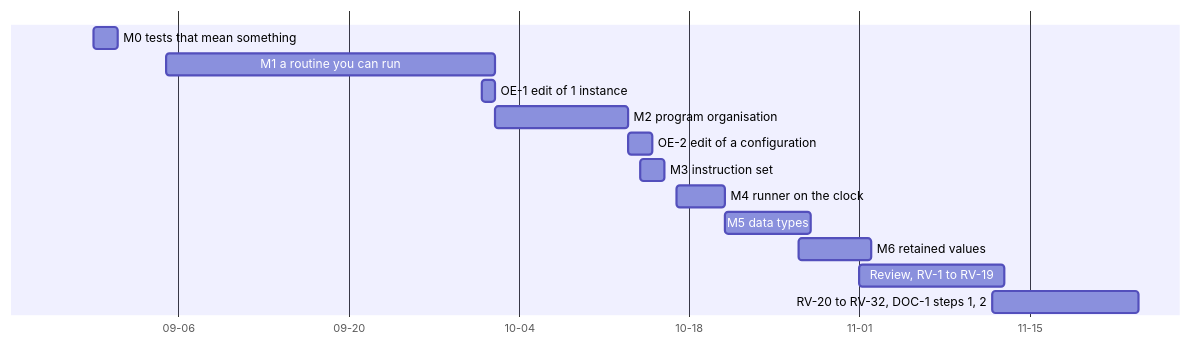
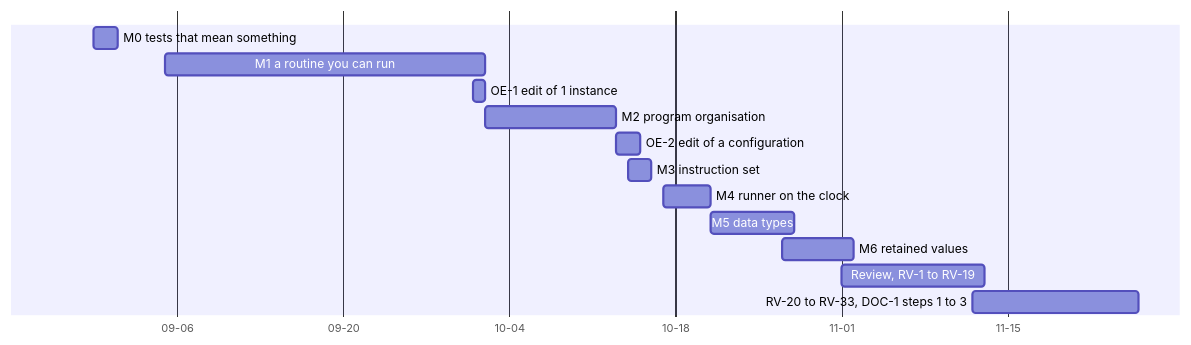
The diagram in docs/contributing/project-history.md (rellen/logex), drawn with Mermaid before and after one commit. The commit also changed other lines of this file and 12 other files, not shown here.

````diff
--- a/docs/contributing/project-history.md
+++ b/docs/contributing/project-history.md
@@ -36,18 +36,18 @@
 ```mermaid
 gantt
   dateFormat YYYY-MM-DD
   axisFormat %m-%d
   tickInterval 2week
   todayMarker off
   M0 tests that mean something : 2026-08-30, 2d
   M1 a routine you can run : 2026-09-05, 2026-10-02
   OE-1 edit of 1 instance : 2026-10-01, 1d
   M2 program organisation : 2026-10-02, 2026-10-13
   OE-2 edit of a configuration : 2026-10-13, 2d
   M3 instruction set : 2026-10-14, 2d
   M4 runner on the clock : 2026-10-17, 2026-10-21
   M5 data types : 2026-10-21, 2026-10-28
   M6 retained values : 2026-10-27, 2026-11-02
   Review, RV-1 to RV-19 : 2026-11-01, 2026-11-13
-  RV-20 to RV-32, DOC-1 steps 1, 2 : 2026-11-12, 2026-11-24
+  RV-20 to RV-33, DOC-1 steps 1 to 3 : 2026-11-12, 2026-11-26
 ```
````
